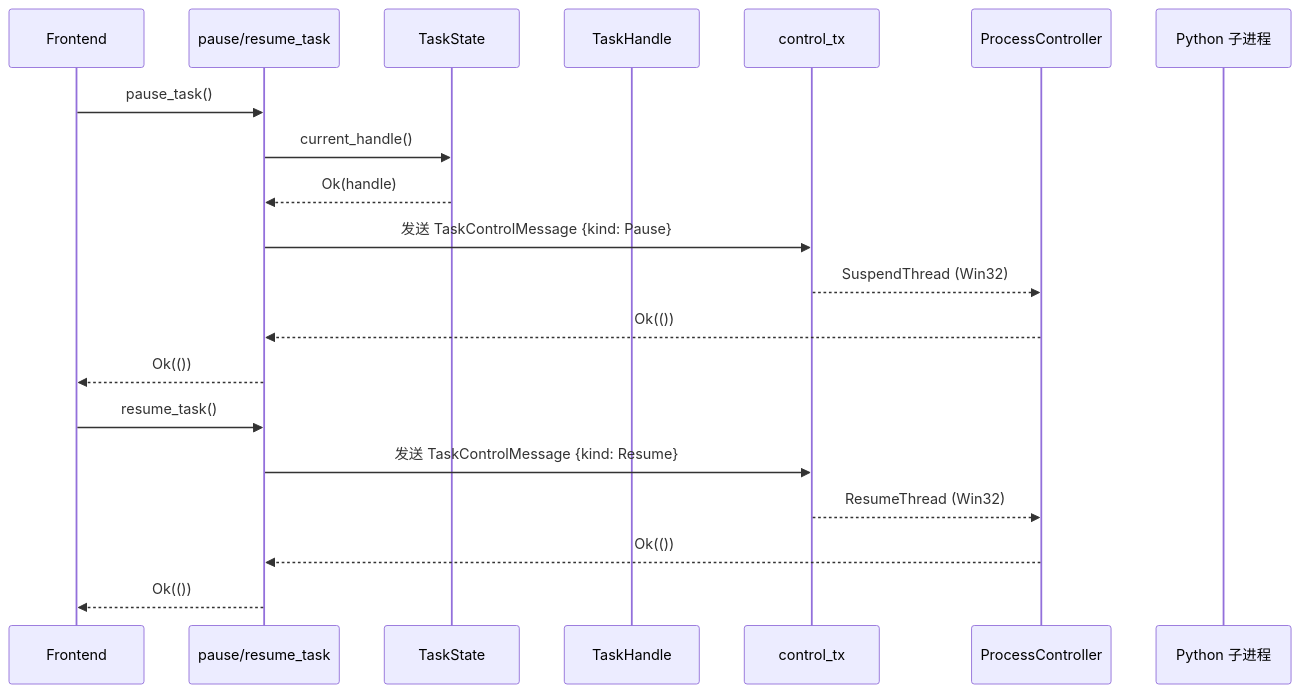
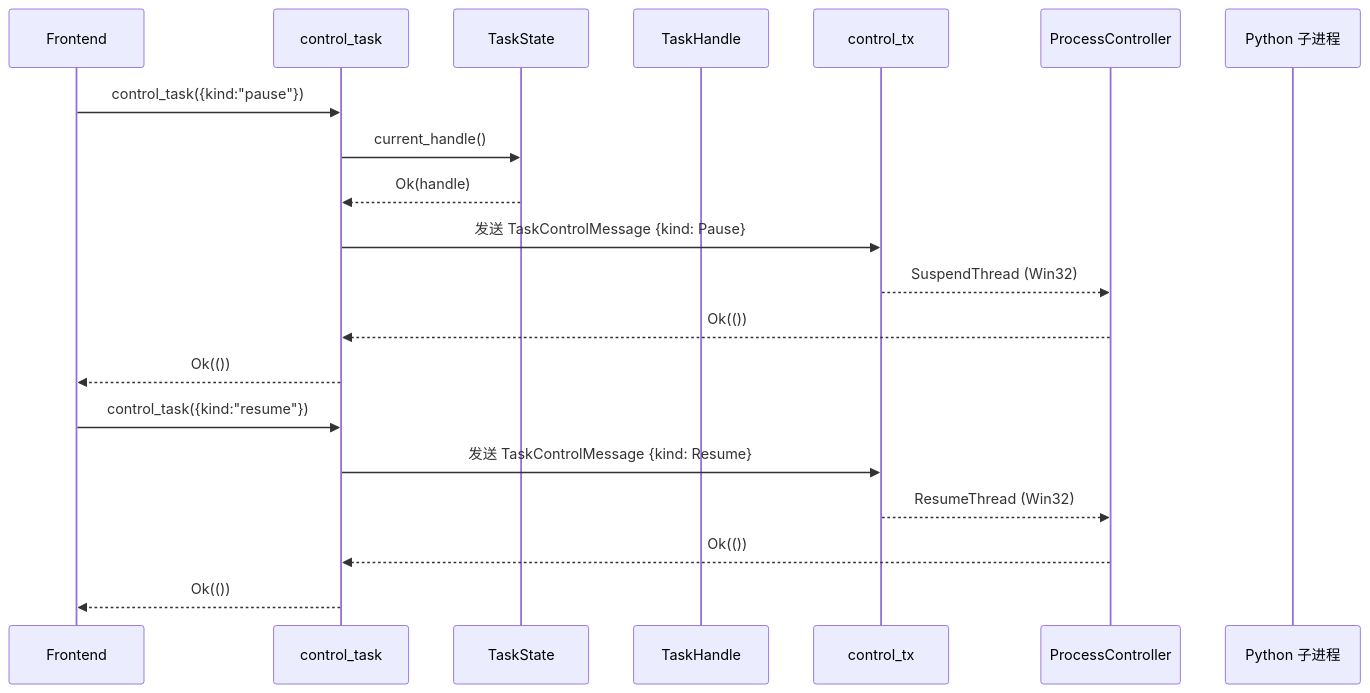
The sixth of 6 diagrams in docs/07-task-lifecycle.md (youge325/vp), drawn with Mermaid before and after one commit. The commit also changed 11 other files, not shown here.

````diff
--- a/docs/07-task-lifecycle.md
+++ b/docs/07-task-lifecycle.md
@@ -225,24 +225,24 @@
 ```mermaid
 sequenceDiagram
     participant Frontend
-    participant Rust as pause/resume_task
+    participant Rust as control_task
     participant State as TaskState
     participant Handle as TaskHandle
     participant Control as control_tx
     participant Process as ProcessController
     participant Python as Python 子进程
 
-    Frontend->>Rust: pause_task()
+    Frontend->>Rust: control_task({kind:"pause"})
     Rust->>State: current_handle()
     State-->>Rust: Ok(handle)
     Rust->>Control: 发送 TaskControlMessage {kind: Pause}
     Control-->>Process: SuspendThread (Win32)
     Process-->>Rust: Ok(())
     Rust-->>Frontend: Ok(())
 
-    Frontend->>Rust: resume_task()
+    Frontend->>Rust: control_task({kind:"resume"})
     Rust->>Control: 发送 TaskControlMessage {kind: Resume}
     Control-->>Process: ResumeThread (Win32)
     Process-->>Rust: Ok(())
     Rust-->>Frontend: Ok(())
 ```
````
